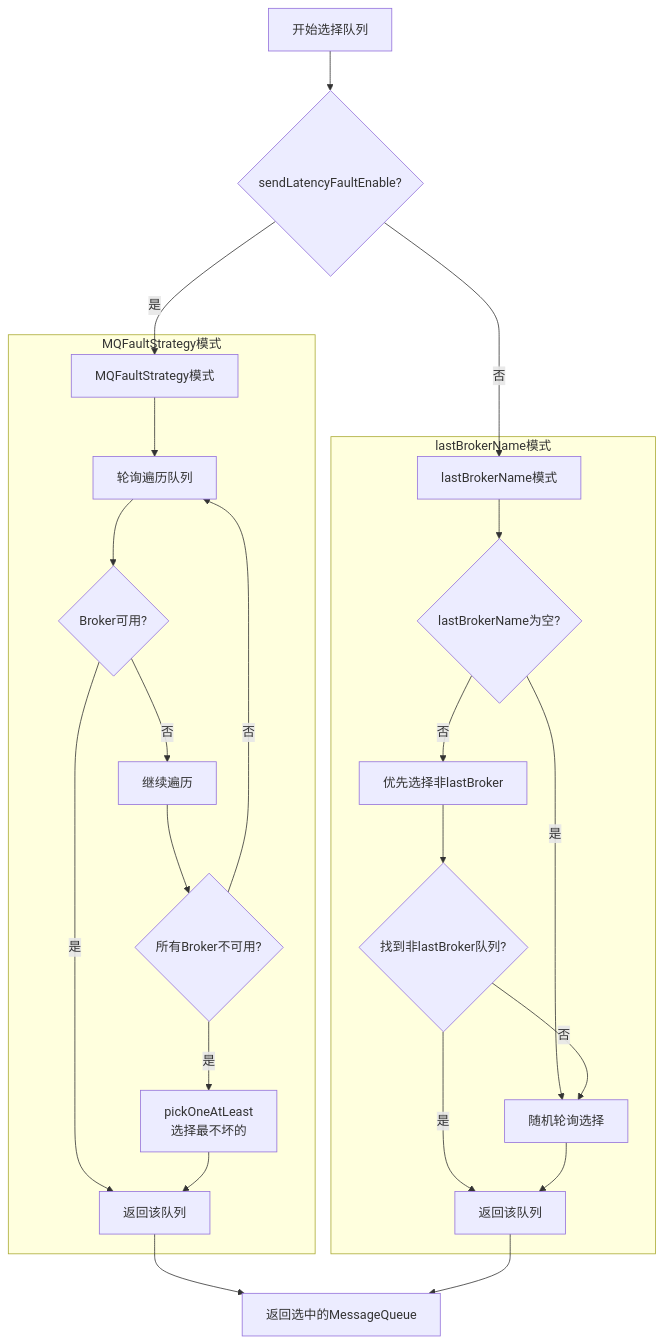
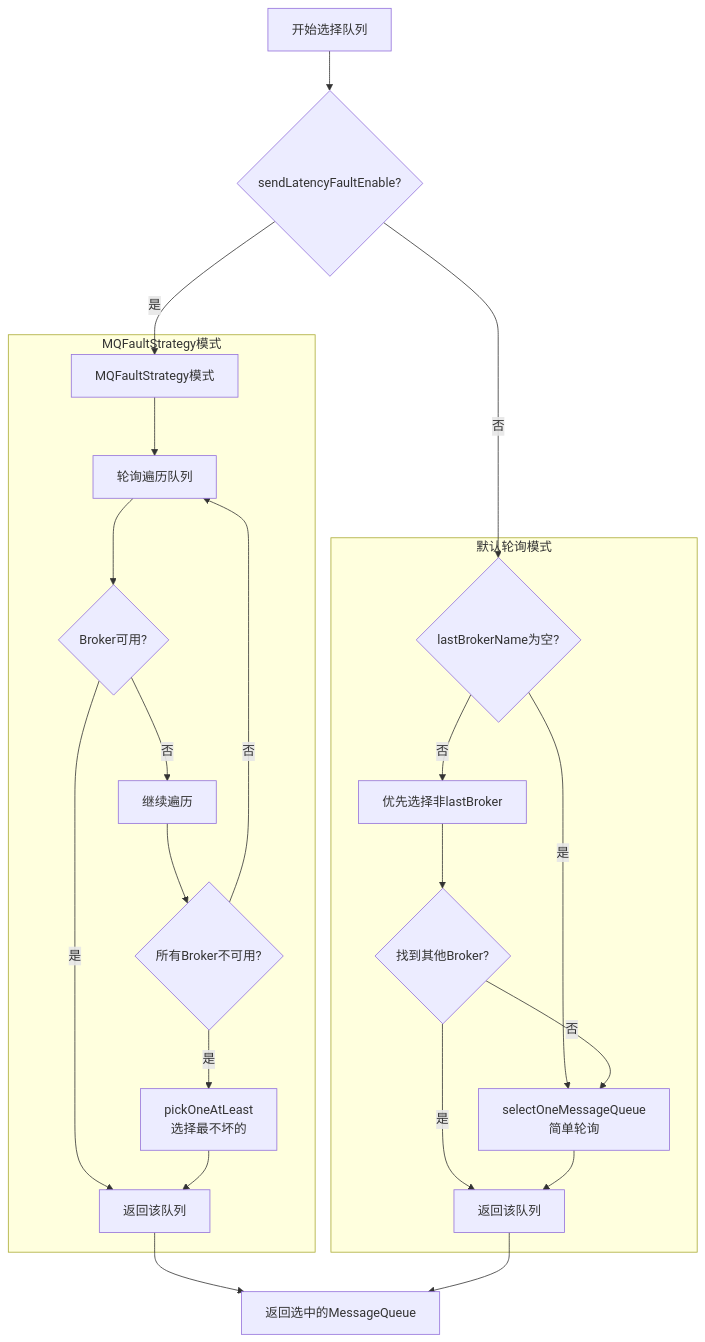
Before and after one commit to wilimm/rocketmq: the fourth of 6 diagrams in docs/RocketMQ技术架构/03-消息发送篇.md, drawn with Mermaid. The commit also changed other lines of this file and 10 other files, not shown here.

````diff
--- a/docs/RocketMQ技术架构/03-消息发送篇.md
+++ b/docs/RocketMQ技术架构/03-消息发送篇.md
@@ -154,31 +199,30 @@
 ```mermaid
 flowchart TD
     A[开始选择队列] --> B{sendLatencyFaultEnable?}
     
     B -->|是| C[MQFaultStrategy模式]
-    B -->|否| D[lastBrokerName模式]
+    B -->|否| D{lastBrokerName为空?}
     
     subgraph MQFaultStrategy模式
         C --> C1[轮询遍历队列]
         C1 --> C2{Broker可用?}
         C2 -->|是| C3[返回该队列]
         C2 -->|否| C4[继续遍历]
         C4 --> C5{所有Broker不可用?}
         C5 -->|是| C6[pickOneAtLeast<br/>选择最不坏的]
         C5 -->|否| C1
         C6 --> C3
     end
     
-    subgraph lastBrokerName模式
-        D --> D1{lastBrokerName为空?}
-        D1 -->|是| D2[随机轮询选择]
-        D1 -->|否| D3[优先选择非lastBroker]
-        D3 --> D4{找到非lastBroker队列?}
-        D4 -->|是| D5[返回该队列]
-        D4 -->|否| D2
-        D2 --> D5
+    subgraph 默认轮询模式
+        D -->|是| D1[selectOneMessageQueue<br/>简单轮询]
+        D -->|否| D2[优先选择非lastBroker]
+        D2 --> D3{找到其他Broker?}
+        D3 -->|是| D4[返回该队列]
+        D3 -->|否| D1
+        D1 --> D4
     end
     
     C3 --> E[返回选中的MessageQueue]
-    D5 --> E
+    D4 --> E
 ```
````
